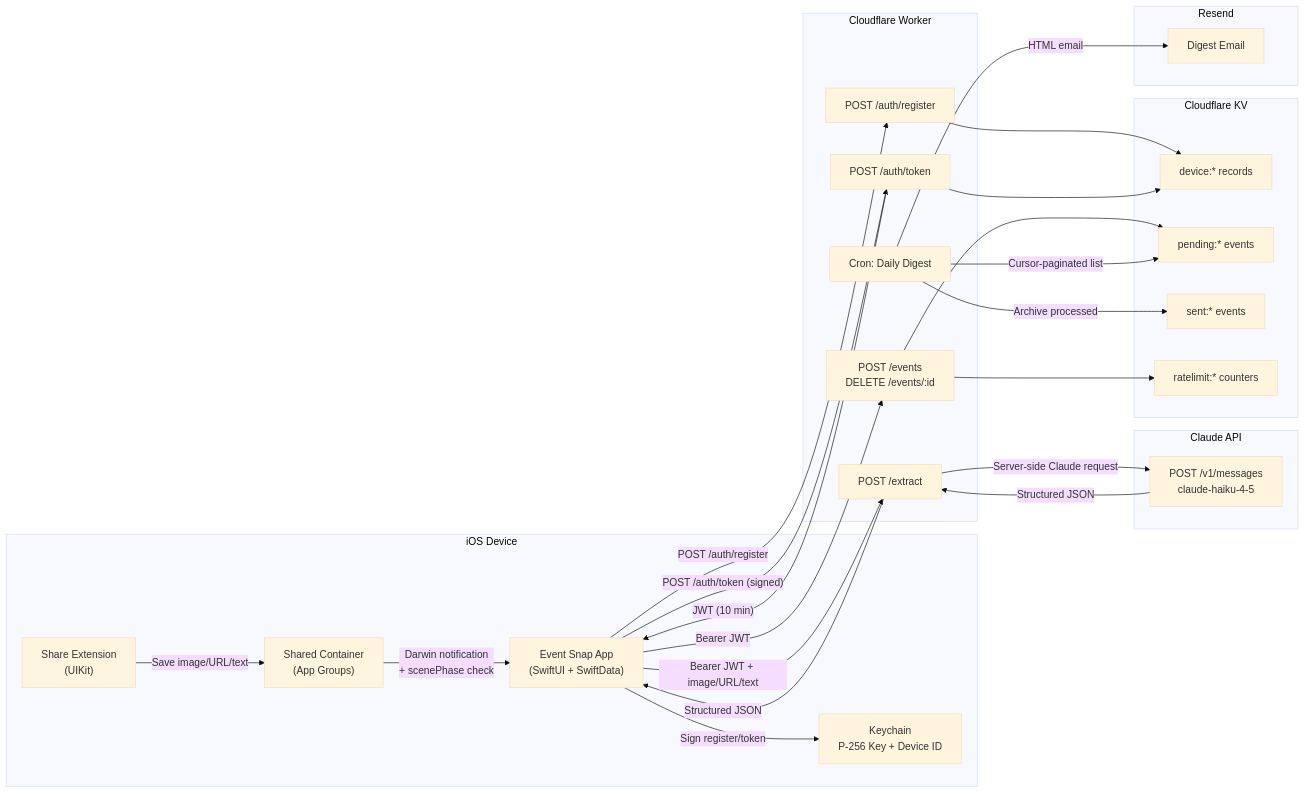
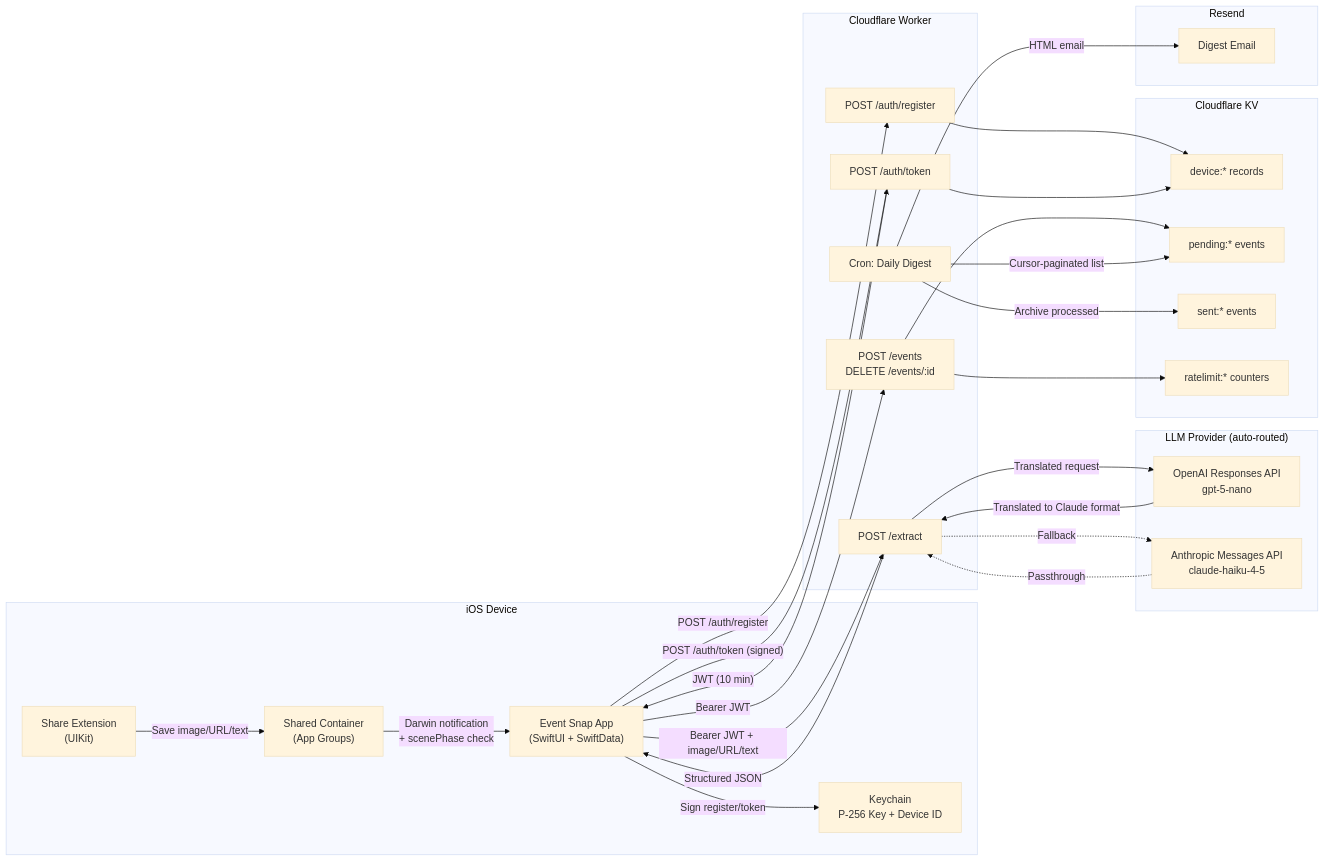
Before and after one commit to danieljwilson/event-image-2-calendar: the diagram in ARCHITECTURE.md, drawn with Mermaid (base theme). The commit also changed other lines of this file and 36 other files, not shown here.

````diff
--- a/ARCHITECTURE.md
+++ b/ARCHITECTURE.md
@@ -17,53 +17,56 @@
 ```mermaid
 flowchart LR
     subgraph Device["iOS Device"]
         App["Event Snap App\n(SwiftUI + SwiftData)"]
         Ext["Share Extension\n(UIKit)"]
         Shared["Shared Container\n(App Groups)"]
         Keychain["Keychain\nP-256 Key + Device ID"]
     end
 
-    subgraph Claude["Claude API"]
-        Vision["POST /v1/messages\nclaude-haiku-4-5"]
+    subgraph LLM["LLM Provider (auto-routed)"]
+        OpenAI["OpenAI Responses API\ngpt-5-nano"]
+        Anthropic["Anthropic Messages API\nclaude-haiku-4-5"]
     end
 
     subgraph Edge["Cloudflare Worker"]
         Register["POST /auth/register"]
         Token["POST /auth/token"]
         Extract["POST /extract"]
         Events["POST /events\nDELETE /events/:id"]
         Digest["Cron: Daily Digest"]
     end
 
     subgraph Data["Cloudflare KV"]
         DevRec["device:* records"]
         Pending["pending:* events"]
         Sent["sent:* events"]
         RL["ratelimit:* counters"]
     end
 
     subgraph Email["Resend"]
         Mail["Digest Email"]
     end
 
     Ext -->|"Save image/URL/text"| Shared
     Shared -->|"Darwin notification\n+ scenePhase check"| App
 
     App -->|"Sign register/token"| Keychain
     App -->|"POST /auth/register"| Register
     Register --> DevRec
     App -->|"POST /auth/token (signed)"| Token
     Token --> DevRec
     Token -->|"JWT (10 min)"| App
     App -->|"Bearer JWT + image/URL/text"| Extract
-    Extract -->|"Server-side Claude request"| Vision
-    Vision -->|"Structured JSON"| Extract
+    Extract -->|"Translated request"| OpenAI
+    Extract -.->|"Fallback"| Anthropic
+    OpenAI -->|"Translated to Claude format"| Extract
+    Anthropic -.->|"Passthrough"| Extract
     Extract -->|"Structured JSON"| App
     App -->|"Bearer JWT"| Events
     Events --> Pending
     Events --> RL
 
     Digest -->|"Cursor-paginated list"| Pending
     Digest -->|"Archive processed"| Sent
     Digest -->|"HTML email"| Mail
 ```
````
